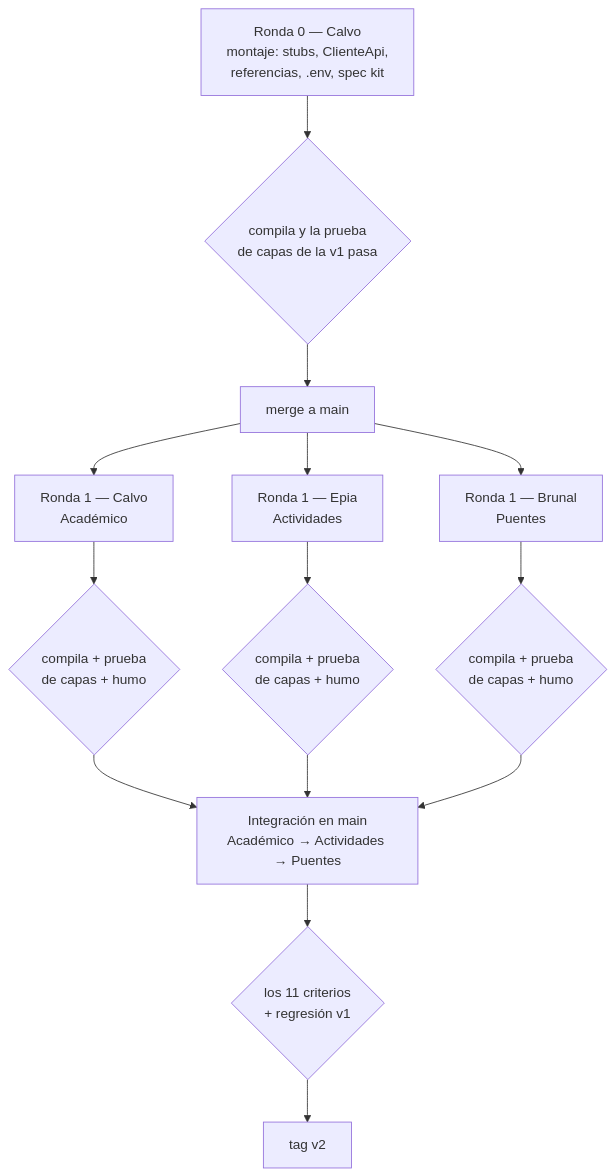
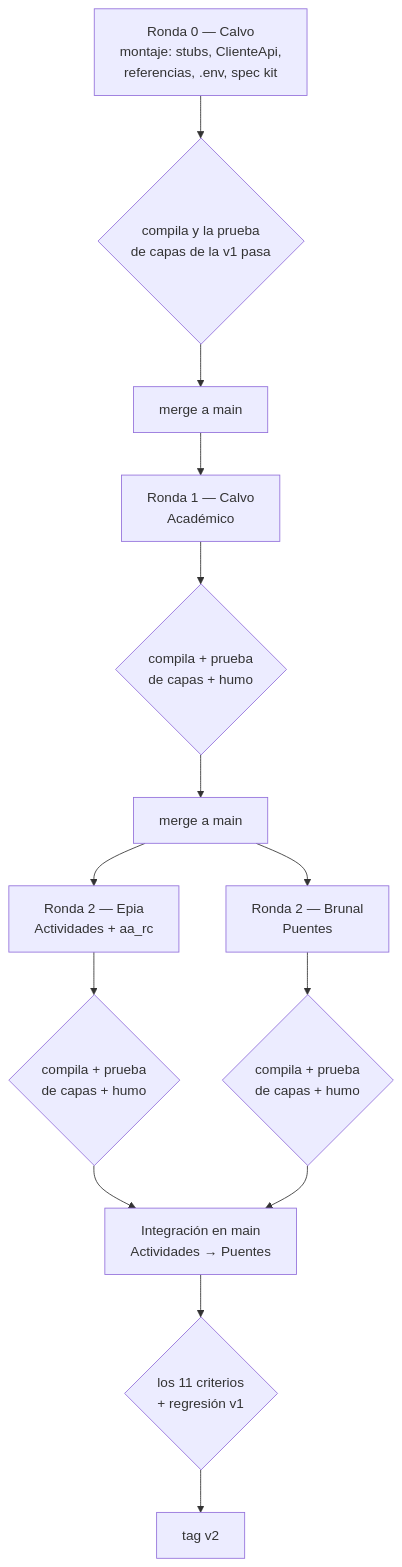
The diagram in docs/spec_kit/versiones/v2_entrega2/8_tasks.md (MrEpia/innovacioncurricular), drawn with Mermaid before and after one commit. The commit also changed other lines of this file and 4 other files, not shown here.

````diff
--- a/docs/spec_kit/versiones/v2_entrega2/8_tasks.md
+++ b/docs/spec_kit/versiones/v2_entrega2/8_tasks.md
@@ -24,16 +31,16 @@
 ```mermaid
 flowchart TD
     R0["Ronda 0 — Calvo<br/>montaje: stubs, ClienteApi,<br/>referencias, .env, spec kit"] --> G0{"compila y la prueba<br/>de capas de la v1 pasa"}
     G0 --> M0["merge a main"]
     M0 --> A["Ronda 1 — Calvo<br/>Académico"]
-    M0 --> B["Ronda 1 — Epia<br/>Actividades"]
-    M0 --> C["Ronda 1 — Brunal<br/>Puentes"]
     A --> GA{"compila + prueba<br/>de capas + humo"}
+    GA --> M1["merge a main"]
+    M1 --> B["Ronda 2 — Epia<br/>Actividades + aa_rc"]
+    M1 --> C["Ronda 2 — Brunal<br/>Puentes"]
     B --> GB{"compila + prueba<br/>de capas + humo"}
     C --> GC{"compila + prueba<br/>de capas + humo"}
-    GA --> I["Integración en main<br/>Académico → Actividades → Puentes"]
-    GB --> I
+    GB --> I["Integración en main<br/>Actividades → Puentes"]
     GC --> I
     I --> GF{"los 11 criterios<br/>+ regresión v1"}
     GF --> T["tag v2"]
 ```
````
